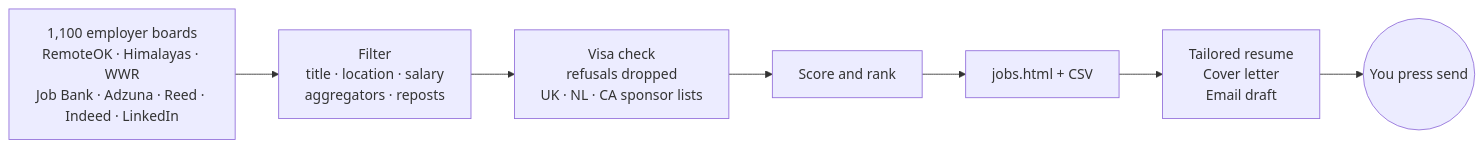
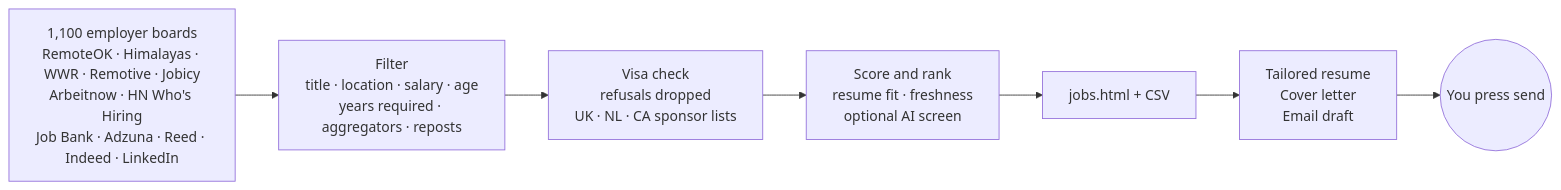
One commit to anirudhprashant/huntline changed the diagram in README.md. Above: the diagram before and after it, drawn with Mermaid. The commit also changed other lines of this file and 17 other files, not shown here.

````diff
--- a/README.md
+++ b/README.md
@@ -121,9 +130,9 @@
 ```mermaid
 flowchart LR
-  A["1,100 employer boards<br/>RemoteOK · Himalayas · WWR<br/>Job Bank · Adzuna · Reed · Indeed · LinkedIn"] --> B["Filter<br/>title · location · salary<br/>aggregators · reposts"]
+  A["1,100 employer boards<br/>RemoteOK · Himalayas · WWR · Remotive · Jobicy<br/>Arbeitnow · HN Who's Hiring<br/>Job Bank · Adzuna · Reed · Indeed · LinkedIn"] --> B["Filter<br/>title · location · salary · age<br/>years required · aggregators · reposts"]
   B --> C["Visa check<br/>refusals dropped<br/>UK · NL · CA sponsor lists"]
-  C --> D["Score and rank"]
+  C --> D["Score and rank<br/>resume fit · freshness<br/>optional AI screen"]
   D --> E["jobs.html + CSV"]
   E --> F["Tailored resume<br/>Cover letter<br/>Email draft"]
   F --> G(("You press send"))
 ```
````
